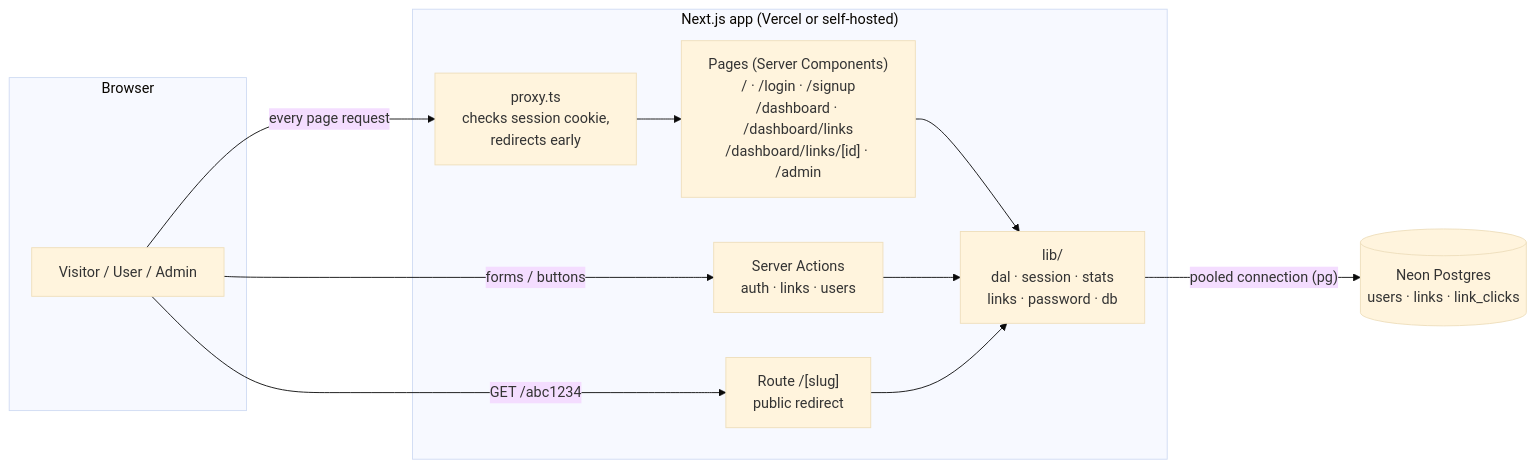
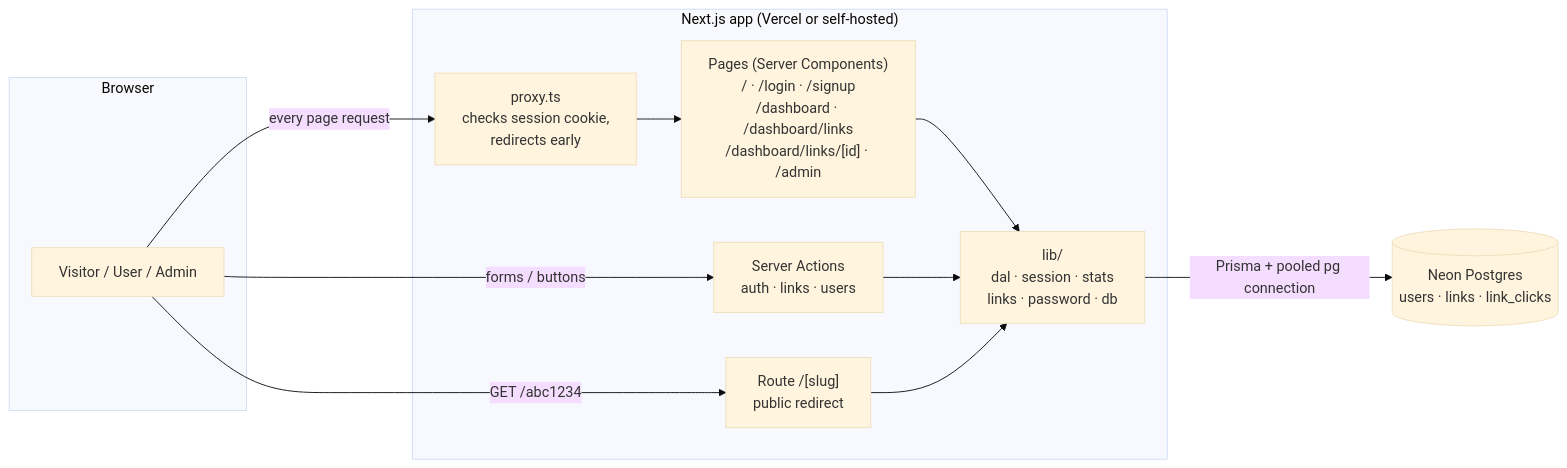
One commit to manku31/shrink changed the first of 4 diagrams in README.md. Above: the diagram before and after it, drawn with Mermaid (base theme). The commit also changed other lines of this file and 33 other files, not shown here.

First line of the commit message:
feat: migrate from Drizzle ORM to Prisma, add database schema and connection setup

````diff
--- a/README.md
+++ b/README.md
@@ -28,25 +28,25 @@
 ```mermaid
 flowchart LR
     subgraph Browser
       V[Visitor / User / Admin]
     end
 
     subgraph Next["Next.js app (Vercel or self-hosted)"]
       P["proxy.ts<br/>checks session cookie,<br/>redirects early"]
       PG["Pages (Server Components)<br/>/ · /login · /signup<br/>/dashboard · /dashboard/links<br/>/dashboard/links/[id] · /admin"]
       SA["Server Actions<br/>auth · links · users"]
       RT["Route /[slug]<br/>public redirect"]
       LIB["lib/<br/>dal · session · stats<br/>links · password · db"]
     end
 
     DB[("Neon Postgres<br/>users · links · link_clicks")]
 
     V -->|every page request| P
     P --> PG
     V -->|forms / buttons| SA
     V -->|GET /abc1234| RT
     PG --> LIB
     SA --> LIB
     RT --> LIB
-    LIB -->|"pooled connection (pg)"| DB
+    LIB -->|"Prisma + pooled pg connection"| DB
 ```
````
